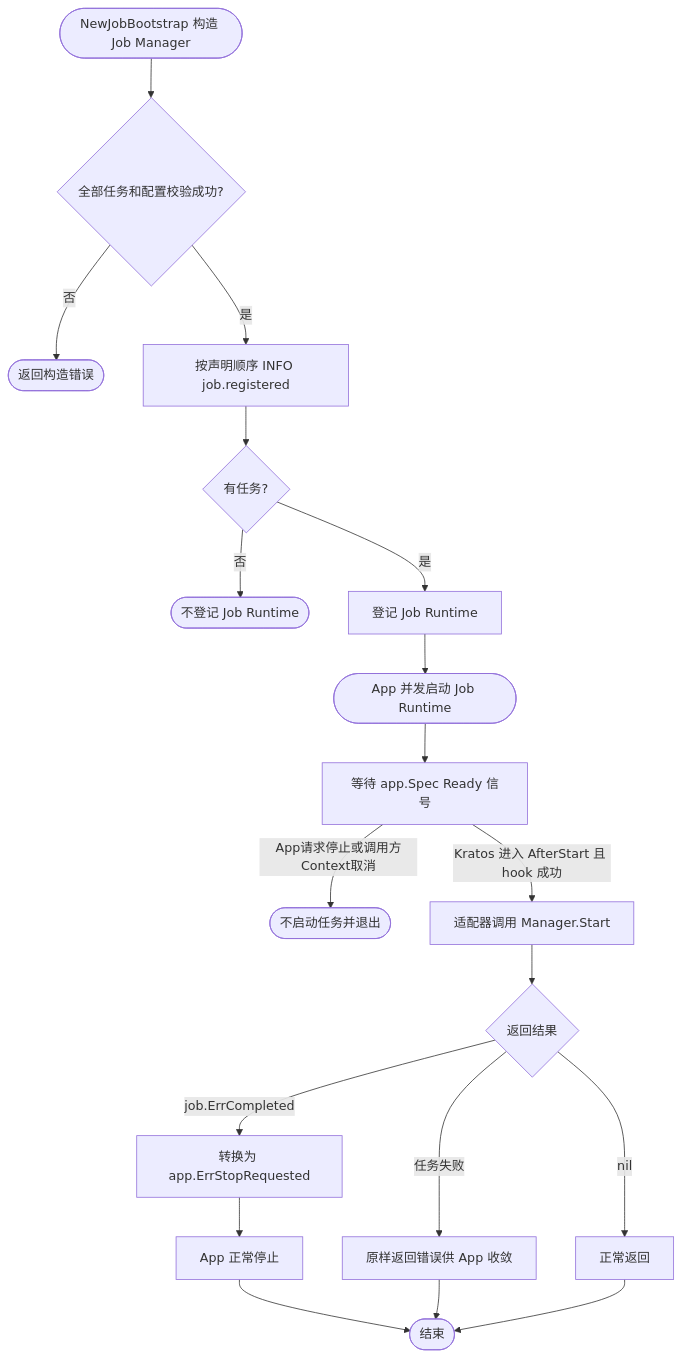
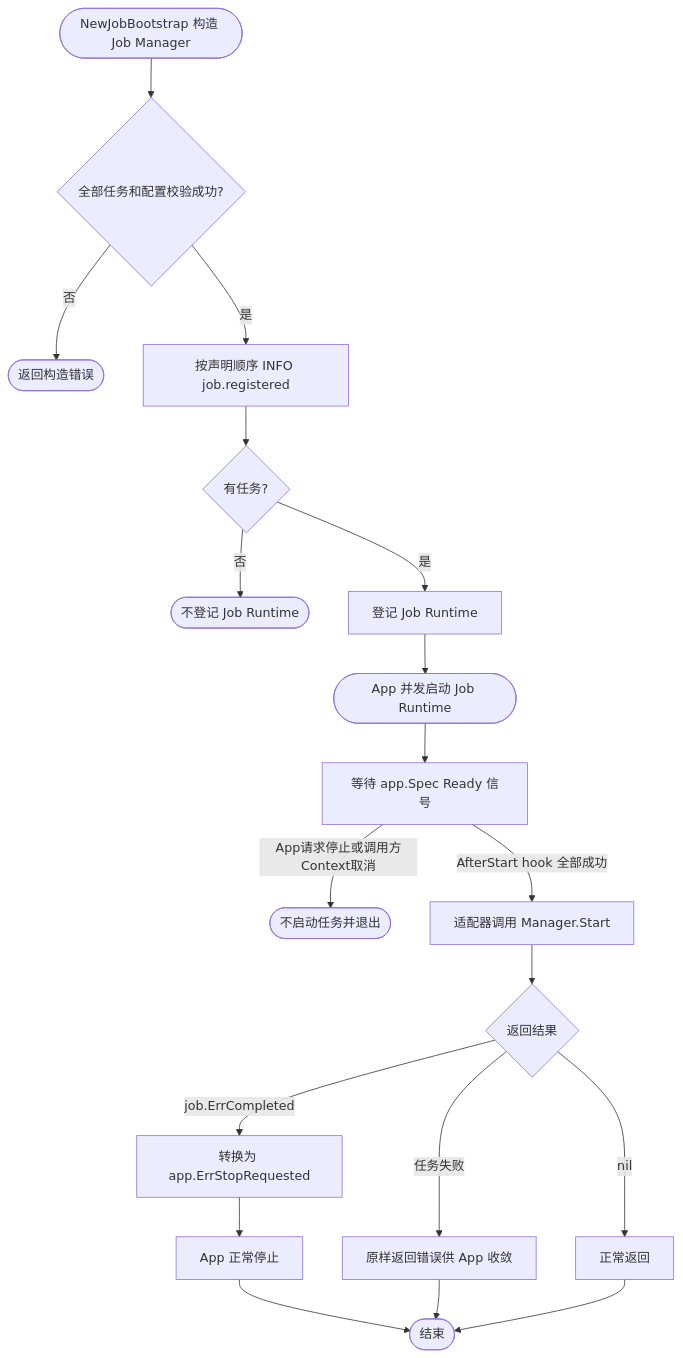
Before and after one commit to jaggerzhuang1994/kratos-foundation: the third of 6 diagrams in pkg/bootstrap/README.md, drawn with Mermaid. The commit also changed other lines of this file and 31 other files, not shown here.

````diff
--- a/pkg/bootstrap/README.md
+++ b/pkg/bootstrap/README.md
@@ -172,21 +172,21 @@
 ```mermaid
 flowchart TD
     A0([NewJobBootstrap 构造 Job Manager]) --> A1{全部任务和配置校验成功?}
     A1 -- 否 --> X([返回构造错误])
     A1 -- 是 --> A2[按声明顺序 INFO job.registered]
     A2 --> A3{有任务?}
     A3 -- 否 --> X1([不登记 Job Runtime])
     A3 -- 是 --> A4[登记 Job Runtime]
     A4 --> A([App 并发启动 Job Runtime])
     A --> B[等待 app.Spec Ready 信号]
     B -- App请求停止或调用方Context取消 --> H([不启动任务并退出])
-    B -- Kratos 进入 AfterStart 且 hook 成功 --> B2[适配器调用 Manager.Start]
+    B -- AfterStart hook 全部成功 --> B2[适配器调用 Manager.Start]
     B2 --> C{返回结果}
     C -- job.ErrCompleted --> D[转换为 app.ErrStopRequested]
     D --> E[App 正常停止]
     C -- 任务失败 --> F[原样返回错误供 App 收敛]
     C -- nil --> G[正常返回]
     E --> I([结束])
     F --> I
     G --> I
 ```
````
